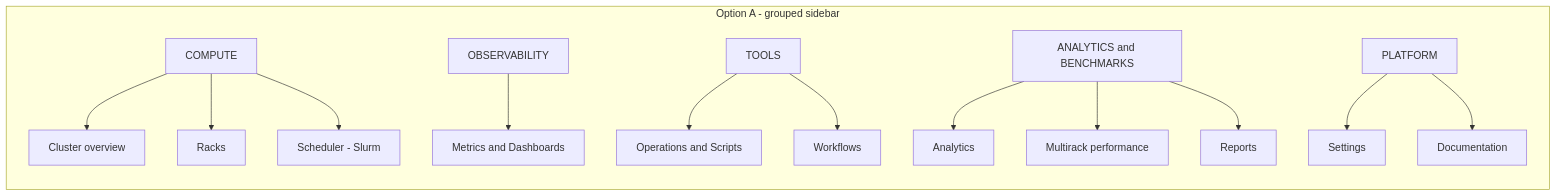
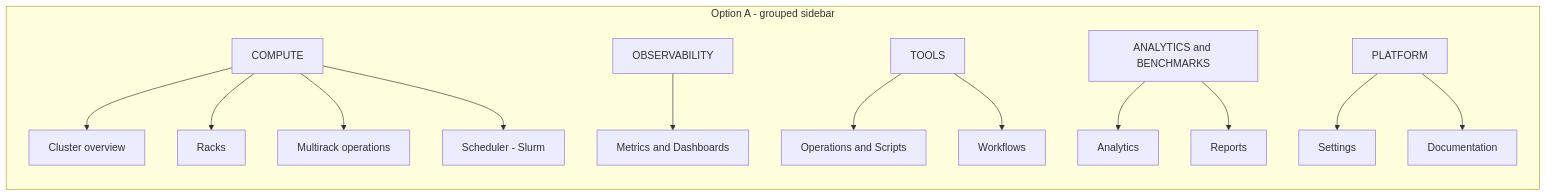
The fourth of 7 diagrams in docs/UX_FRAMEWORK.md (dfwguy/rack-status-pythoncm), drawn with Mermaid before and after one commit. The commit also changed other lines of this file and 99 other files, not shown here.

````diff
--- a/docs/UX_FRAMEWORK.md
+++ b/docs/UX_FRAMEWORK.md
@@ -268,17 +275,17 @@
 ```mermaid
 flowchart TB
   subgraph A [Option A - grouped sidebar]
     direction TB
     H1[COMPUTE] --> a1[Cluster overview]
     H1 --> a2[Racks]
-    H1 --> a3[Scheduler - Slurm]
+    H1 --> a3[Multirack operations]
+    H1 --> a4[Scheduler - Slurm]
     H2[OBSERVABILITY] --> b1[Metrics and Dashboards]
     H3[TOOLS] --> c1[Operations and Scripts]
     H3 --> c2[Workflows]
     H4[ANALYTICS and BENCHMARKS] --> d1[Analytics]
-    H4 --> d2[Multirack performance]
     H4 --> d3[Reports]
     H5[PLATFORM] --> e1[Settings]
     H5 --> e2[Documentation]
   end
 ```
````
